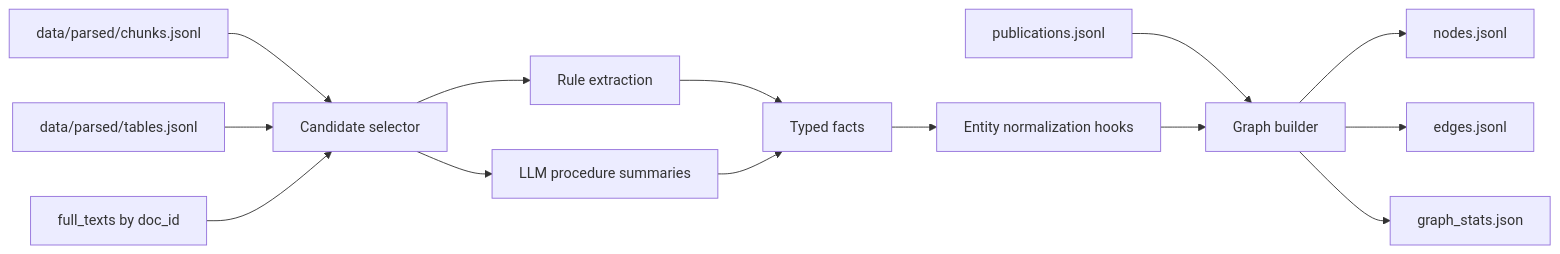
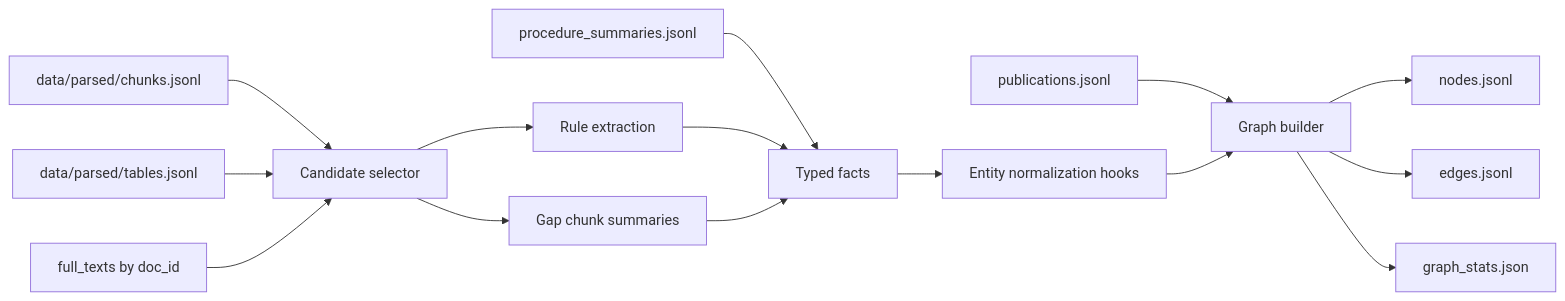
One commit to danilalebedev/RAG-System-for-material-science changed the diagram in tasks/02_summary_graph/README.md. Above: the diagram before and after it, drawn with Mermaid. The commit also changed other lines of this file and 7 other files, not shown here.

````diff
--- a/tasks/02_summary_graph/README.md
+++ b/tasks/02_summary_graph/README.md
@@ -29,16 +32,17 @@
 ```mermaid
 flowchart LR
     A["data/parsed/chunks.jsonl"] --> B["Candidate selector"]
     C["data/parsed/tables.jsonl"] --> B
     D["full_texts by doc_id"] --> B
     P["publications.jsonl"] --> I
+    R["procedure_summaries.jsonl"] --> G
     B --> E["Rule extraction"]
-    B --> F["LLM procedure summaries"]
+    B --> F["Gap chunk summaries"]
     E --> G["Typed facts"]
     F --> G
     G --> H["Entity normalization hooks"]
     H --> I["Graph builder"]
     I --> J["nodes.jsonl"]
     I --> K["edges.jsonl"]
     I --> L["graph_stats.json"]
 ```
````
